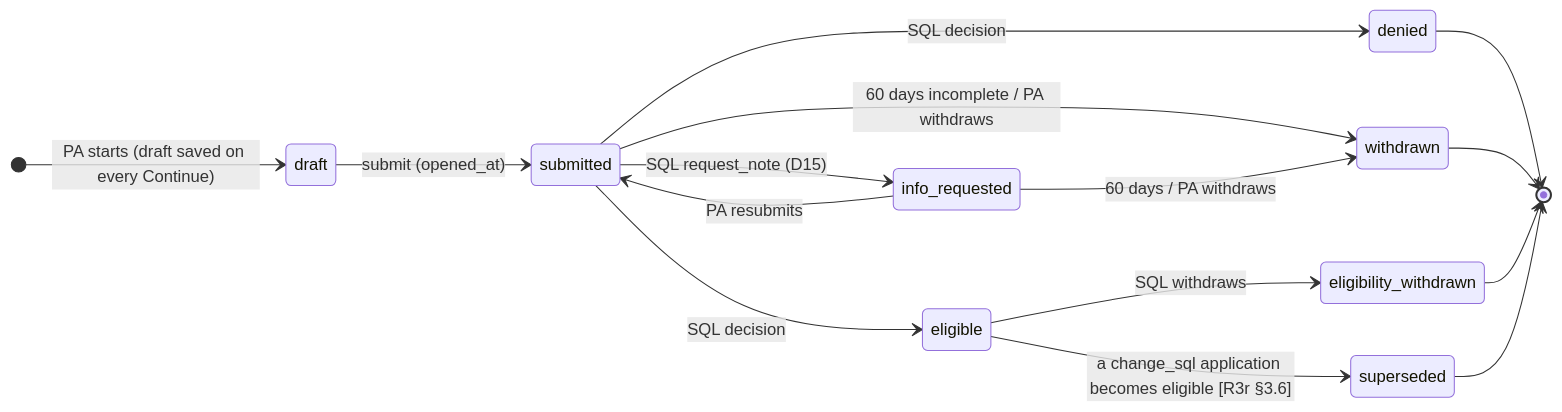
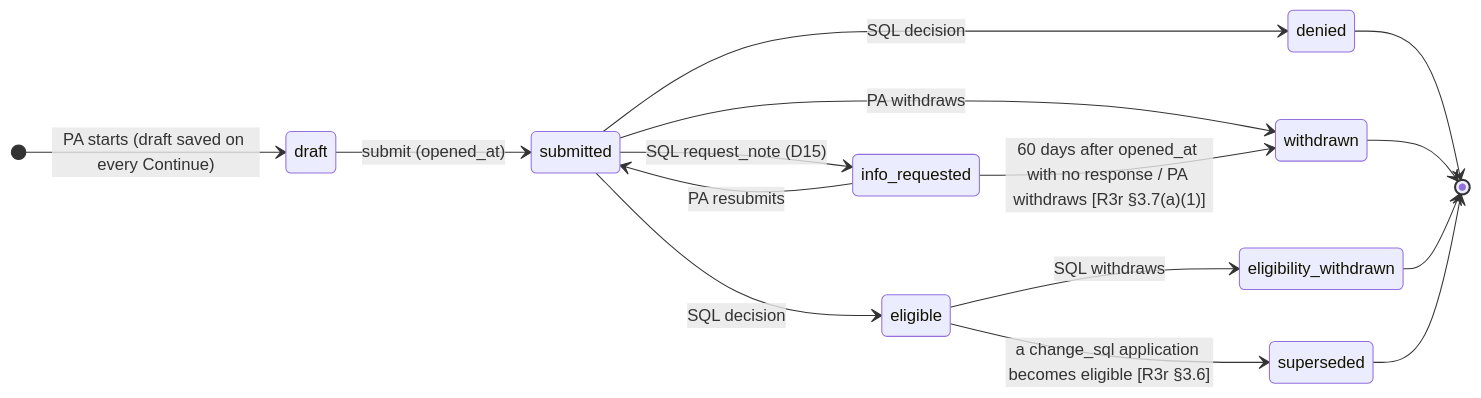
Before and after one commit to focusconsulting/pa-compact-licensing-platform: the first of 3 diagrams in product/context/flows/06-state-machines.md, drawn with Mermaid. The commit also changed other lines of this file and 1 other file, not shown here.

Commit message:
docs: withdraw an application at 60 days only when the PA has not answered a request (SCRUM-109)
Open Question 35 was decided on 2026-11-16: a submitted application is
waiting on the SQL, so only info_requested times out. Drafts never
expire, since the SQL has not received them.

````diff
--- a/product/context/flows/06-state-machines.md
+++ b/product/context/flows/06-state-machines.md
@@ -26,18 +26,18 @@
 ```mermaid
 stateDiagram-v2
     direction LR
     [*] --> draft: PA starts (draft saved on every Continue)
     draft --> submitted: submit (opened_at)
     submitted --> info_requested: SQL request_note (D15)
     info_requested --> submitted: PA resubmits
     submitted --> eligible: SQL decision
     submitted --> denied: SQL decision
-    submitted --> withdrawn: 60 days incomplete / PA withdraws
-    info_requested --> withdrawn: 60 days / PA withdraws
+    submitted --> withdrawn: PA withdraws
+    info_requested --> withdrawn: 60 days after opened_at with no response / PA withdraws [R3r §3.7(a)(1)]
     eligible --> eligibility_withdrawn: SQL withdraws
     eligible --> superseded: a change_sql application becomes eligible [R3r §3.6]
     denied --> [*]
     withdrawn --> [*]
     eligibility_withdrawn --> [*]
     superseded --> [*]
 ```
````
